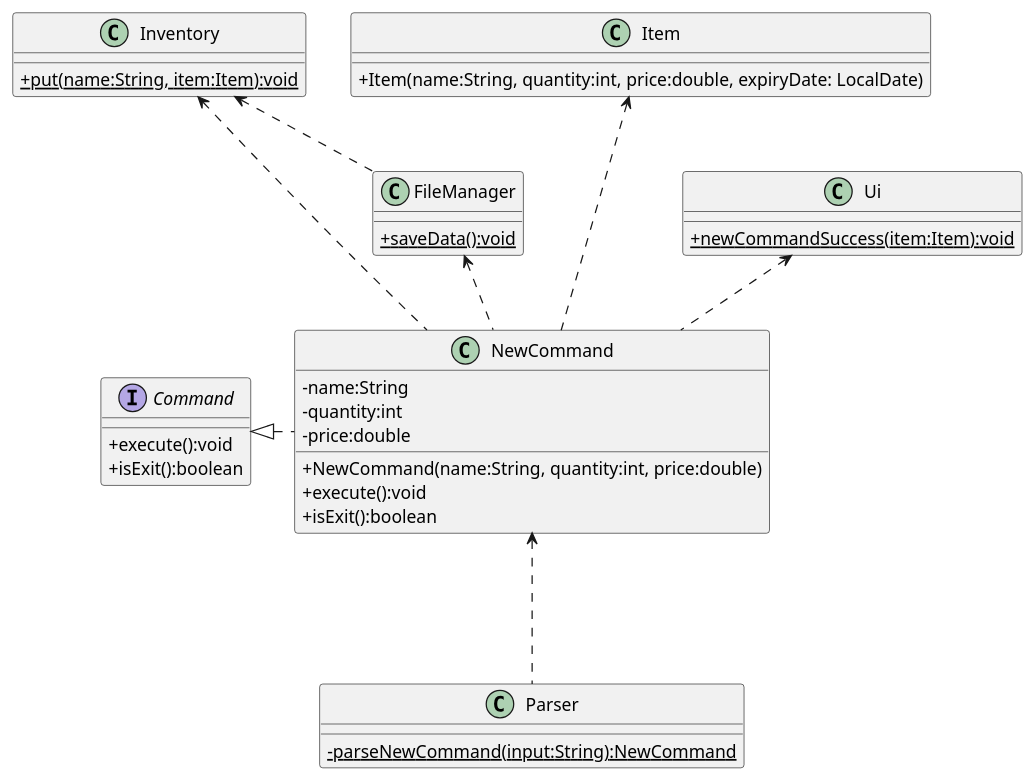
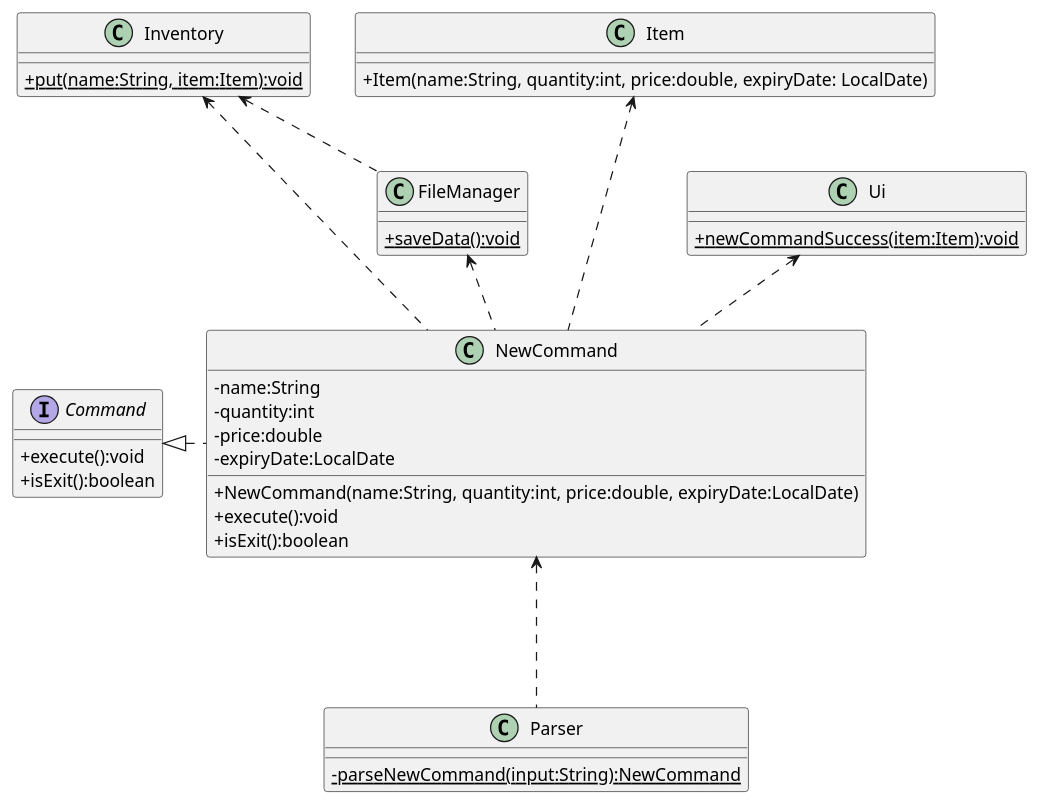
Before and after one commit to rismm/tp: the first of 2 diagrams in docs/uml-diagrams/NewCommand.puml, drawn with PlantUML. The commit also changed 7 other files, not shown here.

Commit message:
Add DeleteCommand UML and edit ListCommand, NewCommand UML

```diff
--- a/docs/uml-diagrams/NewCommand.puml
+++ b/docs/uml-diagrams/NewCommand.puml
@@ -1,55 +1,56 @@
 @startuml
 'https://plantuml.com/class-diagram
 skinparam classAttributeIconSize 0
 
 abstract class Command
 class Inventory
 class Item
 class NewCommand
 class Parser
 class Ui
 class FileManager
 
 Command <|. NewCommand
 Item <... NewCommand
 Ui <.. NewCommand
 Inventory <.. NewCommand
 NewCommand <... Parser
 FileManager <.. NewCommand
 Inventory <.. FileManager
 
 interface Command {
     +execute():void
     +isExit():boolean
 }
 
 class NewCommand {
     -name:String
     -quantity:int
     -price:double
-    +NewCommand(name:String, quantity:int, price:double)
+    -expiryDate:LocalDate
+    +NewCommand(name:String, quantity:int, price:double, expiryDate:LocalDate)
     +execute():void
     +isExit():boolean
 }
 
 class Item {
     +Item(name:String, quantity:int, price:double, expiryDate: LocalDate)
 }
 
 class Inventory {
     {static}+put(name:String, item:Item):void
 }
 
 class Ui {
     {static}+newCommandSuccess(item:Item):void
 }
 
 class Parser {
     {static}-parseNewCommand(input:String):NewCommand
 }
 
 class FileManager {
     {static}+saveData():void
 }
 
 @enduml
```
